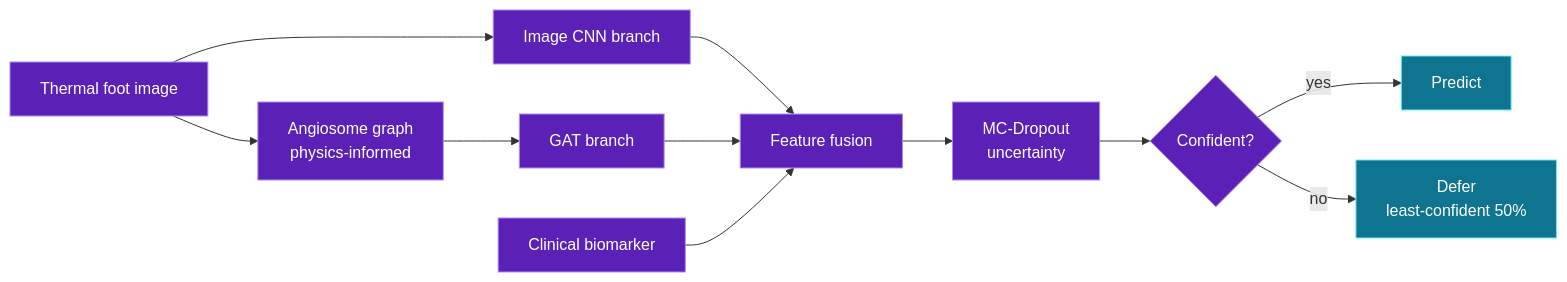
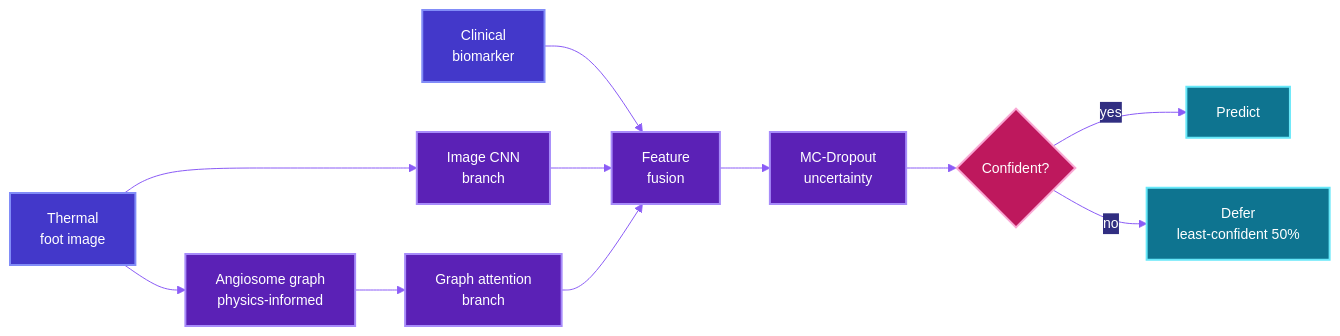
One commit to Harjotsingh0311/Harjotsingh0311 changed the second of 5 diagrams in README.md. Above: the diagram before and after it, drawn with Mermaid. The commit also changed other lines of this file, not shown here.

````diff
--- a/README.md
+++ b/README.md
@@ -145,17 +165,23 @@
 ```mermaid
+%%{init: {"theme": "base", "themeVariables": {"fontFamily": "ui-monospace, SFMono-Regular, Menlo, monospace", "fontSize": "14px", "primaryColor": "#5b21b6", "primaryTextColor": "#ffffff", "primaryBorderColor": "#a78bfa", "lineColor": "#8b5cf6", "textColor": "#ffffff", "titleColor": "#ffffff", "nodeTextColor": "#ffffff", "tertiaryTextColor": "#ffffff", "clusterBkg": "#1e1b4b", "clusterBorder": "#6d28d9", "edgeLabelBackground": "#312e81"}}}%%
 flowchart LR
-    T["Thermal foot image"] --> CNN["Image CNN branch"]
-    T --> G["Angiosome graph<br/>physics-informed"] --> GAT["GAT branch"]
-    CNN --> F["Feature fusion"]
+    T["Thermal<br/>foot image"] --> CNN["Image CNN<br/>branch"]
+    T --> AG["Angiosome graph<br/>physics-informed"]
+    AG --> GAT["Graph attention<br/>branch"]
+    BM["Clinical<br/>biomarker"] --> F
+    CNN --> F["Feature<br/>fusion"]
     GAT --> F
-    BM["Clinical biomarker"] --> F
     F --> U["MC-Dropout<br/>uncertainty"]
     U --> S{"Confident?"}
-    S -- yes --> P["Predict"]
-    S -- no --> D["Defer<br/>least-confident 50%"]
+    S -->|"yes"| P["Predict"]
+    S -->|"no"| D["Defer<br/>least-confident 50%"]
 
-    classDef node fill:#5b21b6,stroke:#a78bfa,color:#ffffff;
-    classDef out fill:#0e7490,stroke:#67e8f9,color:#ffffff;
-    class CNN,GAT,F,U,G node;
-    class P,D out;
+    classDef input fill:#4338ca,stroke:#818cf8,stroke-width:2px,color:#ffffff
+    classDef branch fill:#5b21b6,stroke:#a78bfa,stroke-width:2px,color:#ffffff
+    classDef gate fill:#be185d,stroke:#f9a8d4,stroke-width:2px,color:#ffffff
+    classDef result fill:#0e7490,stroke:#67e8f9,stroke-width:2px,color:#ffffff
+    class T,BM input
+    class CNN,AG,GAT,F,U branch
+    class S gate
+    class P,D result
 ```
````
